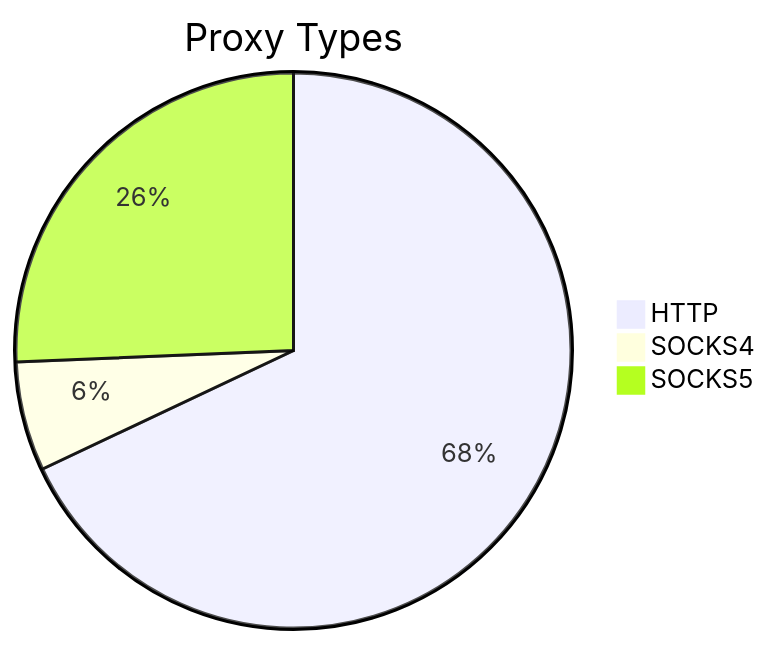
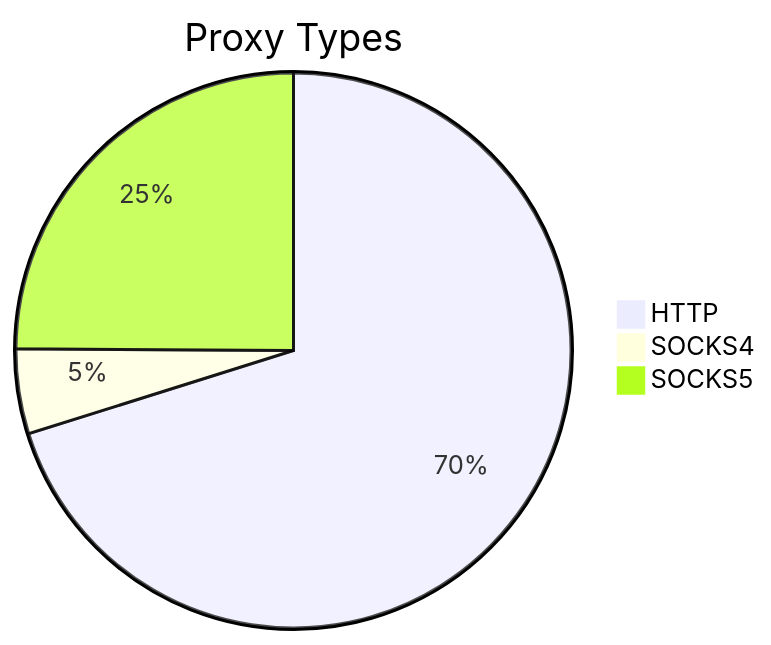
The first of 2 diagrams in README.md (stormsia/proxy-list), drawn with Mermaid before and after one commit. The commit also changed other lines of this file, not shown here.

````diff
--- a/README.md
+++ b/README.md
@@ -21,6 +21,6 @@
 ```mermaid
 pie title Proxy Types
-    "HTTP" : 726
-    "SOCKS4" : 68
-    "SOCKS5" : 274
+    "HTTP" : 710
+    "SOCKS4" : 50
+    "SOCKS5" : 252
 ```
````
